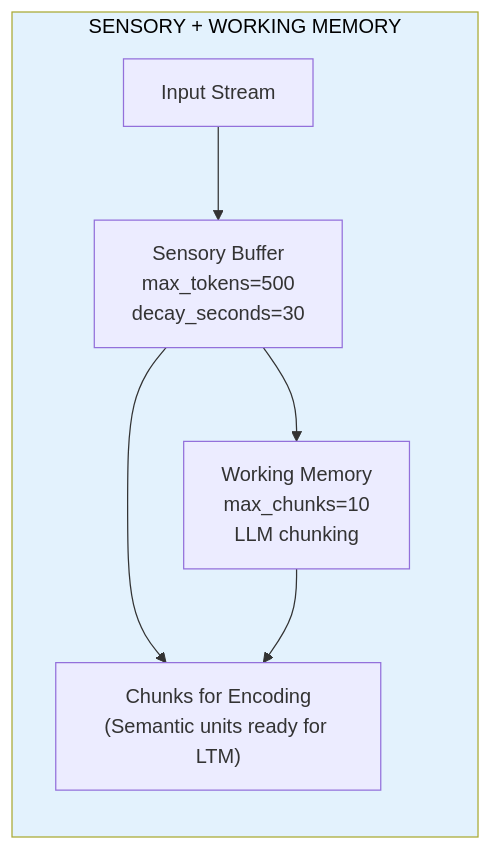
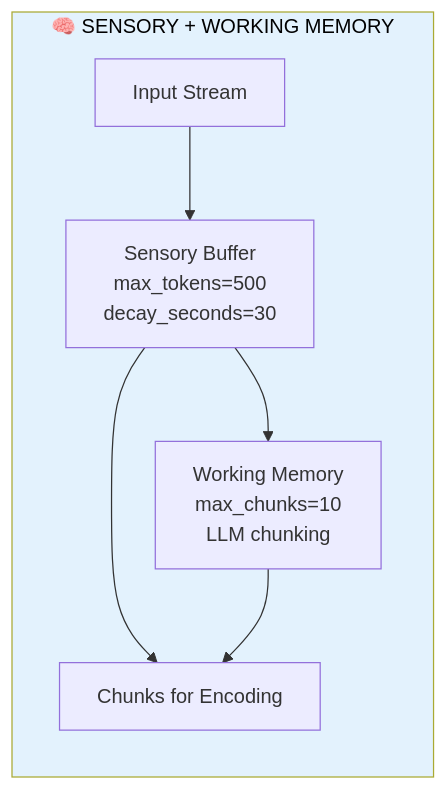
One commit to avinash-mall/CognitiveMemoryLayer changed the second of 9 diagrams in README.md. Above: the diagram before and after it, drawn with Mermaid. The commit also changed other lines of this file and 31 other files, not shown here.

Commit message:
fix: mermaid text visibility and quote formatting

````diff
--- a/README.md
+++ b/README.md
@@ -128,9 +185,9 @@
 ```mermaid
 flowchart LR
-    subgraph STM["SENSORY + WORKING MEMORY"]
+    subgraph STM["🧠 SENSORY + WORKING MEMORY"]
         input["Input Stream"] --> sensory["Sensory Buffer<br/>max_tokens=500<br/>decay_seconds=30"]
         sensory --> working["Working Memory<br/>max_chunks=10<br/>LLM chunking"]
-        sensory & working --> chunks["Chunks for Encoding<br/>(Semantic units ready for LTM)"]
+        sensory & working --> chunks["Chunks for Encoding"]
     end
     style STM fill:#e3f2fd,color:#000
 ```
````
